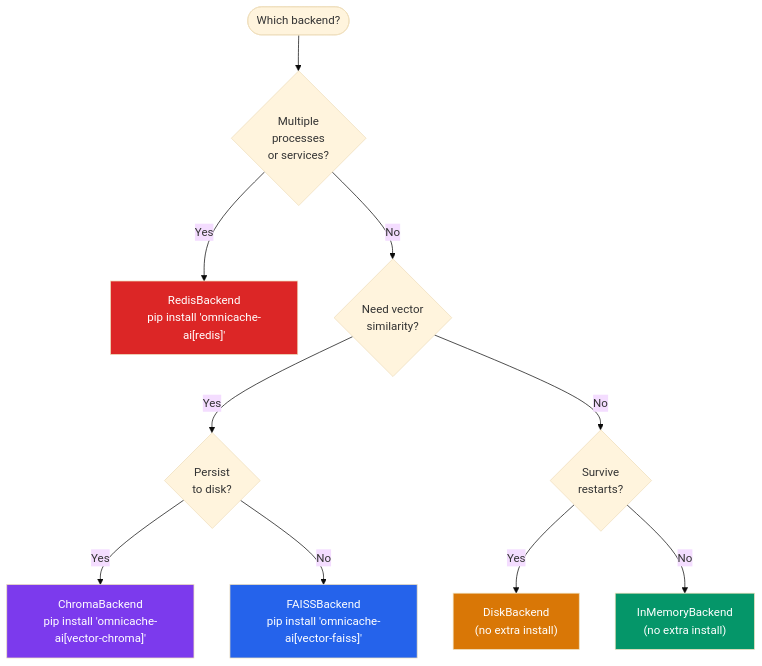
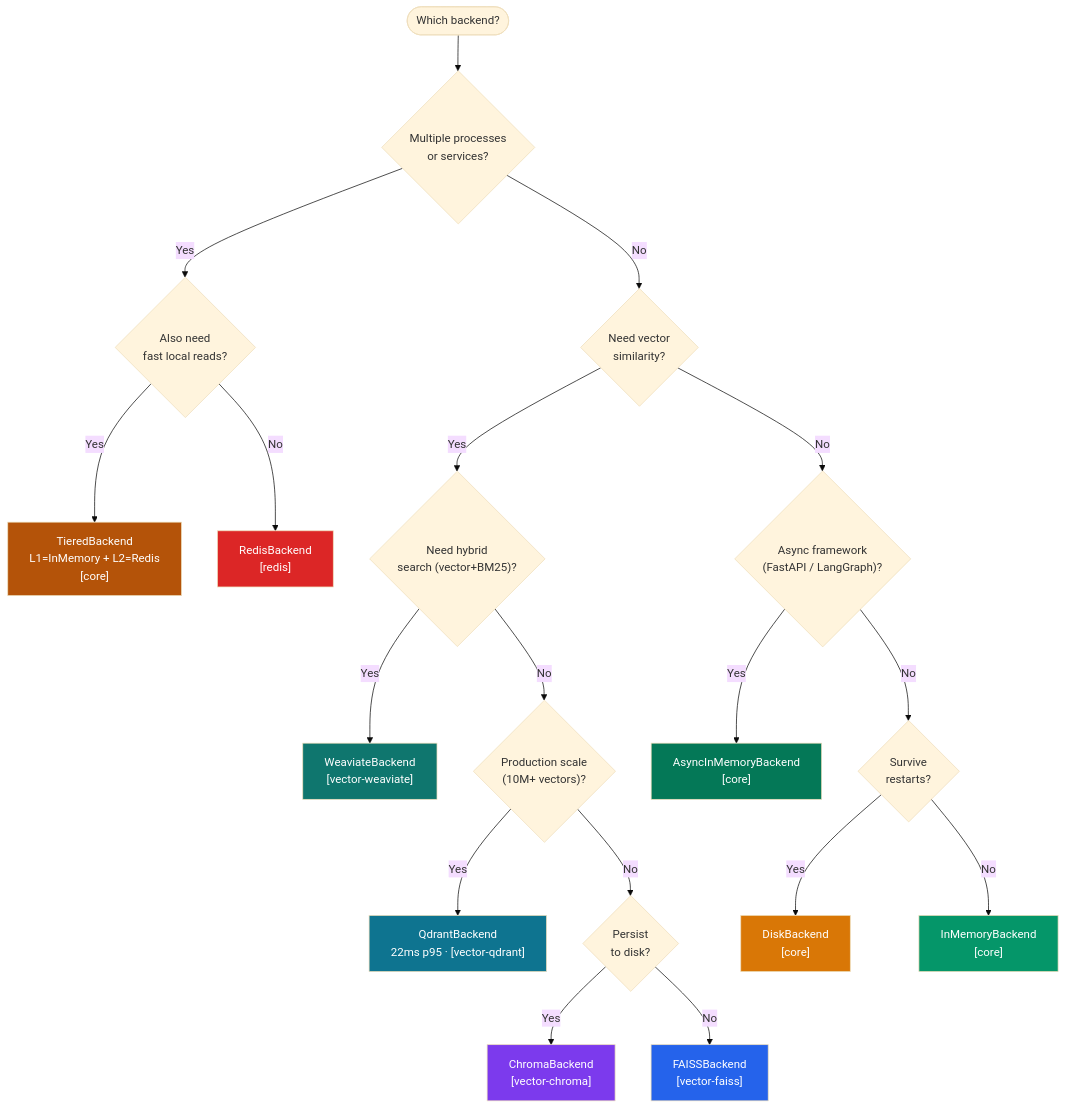
Before and after one commit to ashishpatel26/omnicache-ai: the third of 3 diagrams in README.md, drawn with Mermaid (base theme). The commit also changed other lines of this file, not shown here.

Commit message:
docs: update all 3 README diagrams for v0.3.0 — new adapters, backends, layers, core engine

````diff
--- a/README.md
+++ b/README.md
@@ -272,22 +302,35 @@
 ```mermaid
 flowchart TD
     Start(["Which backend?"])
 
-    Start --> Q1{"Multiple\nprocesses\nor services?"}
-    Q1 -->|Yes| REDIS["RedisBackend\npip install 'omnicache-ai[redis]'"]
+    Start --> Q1{"Multiple processes\nor services?"}
+    Q1 -->|Yes| Q1b{"Also need\nfast local reads?"}
+    Q1b -->|Yes| TIERED["TieredBackend\nL1=InMemory + L2=Redis\n[core]"]
+    Q1b -->|No| REDIS["RedisBackend\n[redis]"]
+
     Q1 -->|No| Q2{"Need vector\nsimilarity?"}
 
-    Q2 -->|Yes| Q3{"Persist\nto disk?"}
-    Q3 -->|Yes| CHROMA["ChromaBackend\npip install 'omnicache-ai[vector-chroma]'"]
-    Q3 -->|No| FAISS["FAISSBackend\npip install 'omnicache-ai[vector-faiss]'"]
+    Q2 -->|Yes| Q3{"Need hybrid\nsearch (vector+BM25)?"}
+    Q3 -->|Yes| WEAV["WeaviateBackend\n[vector-weaviate]"]
+    Q3 -->|No| Q3b{"Production scale\n(10M+ vectors)?"}
+    Q3b -->|Yes| QDRANT["QdrantBackend\n22ms p95 · [vector-qdrant]"]
+    Q3b -->|No| Q3c{"Persist\nto disk?"}
+    Q3c -->|Yes| CHROMA["ChromaBackend\n[vector-chroma]"]
+    Q3c -->|No| FAISS["FAISSBackend\n[vector-faiss]"]
 
-    Q2 -->|No| Q4{"Survive\nrestarts?"}
-    Q4 -->|Yes| DISK["DiskBackend\n(no extra install)"]
-    Q4 -->|No| MEM["InMemoryBackend\n(no extra install)"]
+    Q2 -->|No| Q4{"Async framework\n(FastAPI / LangGraph)?"}
+    Q4 -->|Yes| AMEM["AsyncInMemoryBackend\n[core]"]
+    Q4 -->|No| Q5{"Survive\nrestarts?"}
+    Q5 -->|Yes| DISK["DiskBackend\n[core]"]
+    Q5 -->|No| MEM["InMemoryBackend\n[core]"]
 
     style REDIS fill:#dc2626,color:#fff
+    style TIERED fill:#b45309,color:#fff
     style FAISS fill:#2563eb,color:#fff
     style CHROMA fill:#7c3aed,color:#fff
+    style QDRANT fill:#0e7490,color:#fff
+    style WEAV fill:#0f766e,color:#fff
     style DISK fill:#d97706,color:#fff
     style MEM fill:#059669,color:#fff
+    style AMEM fill:#047857,color:#fff
 ```
````
